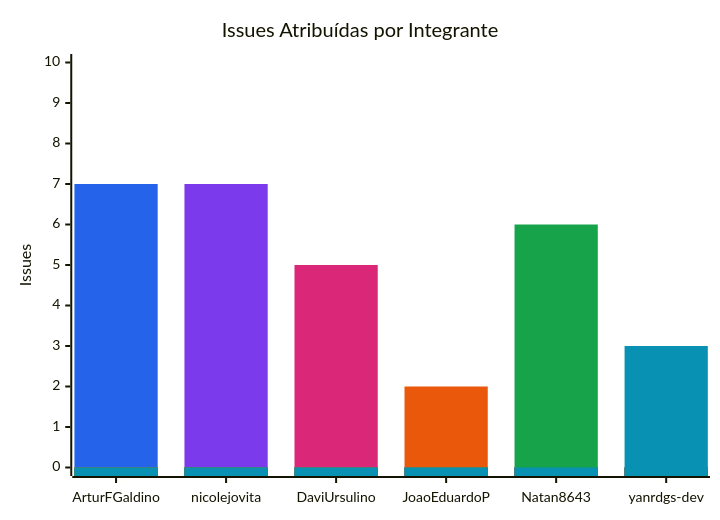
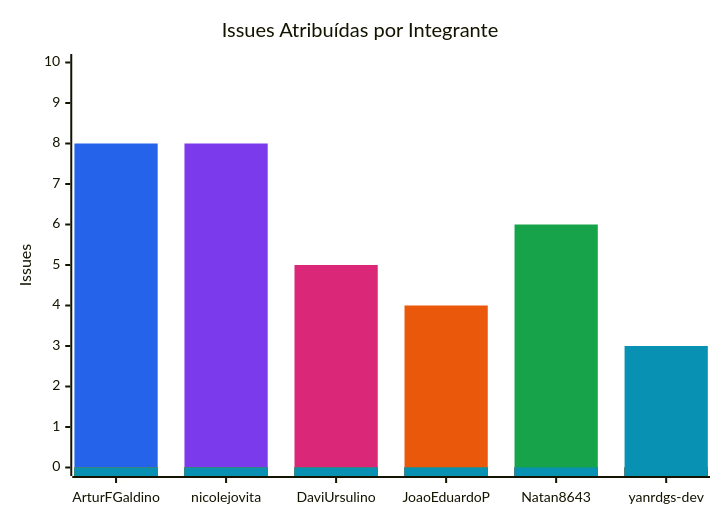
The diagram in snippets/assigned-issues.mmd (FCTE-Qualidade-de-Software-1/2026-2_T02_KAY_MCNULTY), drawn with Mermaid before and after one commit. The commit also changed 11 other files, not shown here.

```diff
--- a/snippets/assigned-issues.mmd
+++ b/snippets/assigned-issues.mmd
@@ -1,11 +1,11 @@
 %%{init: {"themeVariables": {"xyChart": {"plotColorPalette": "#2563eb, #7c3aed, #db2777, #ea580c, #16a34a, #0891b2"}}}}%%
 xychart-beta
     title "Issues Atribuídas por Integrante"
     x-axis ["ArturFGaldino", "nicolejovita", "DaviUrsulino", "JoaoEduardoP", "Natan8643", "yanrdgs-dev"]
     y-axis "Issues" 0 --> 10
-    bar [7, 0, 0, 0, 0, 0]
-    bar [0, 7, 0, 0, 0, 0]
+    bar [8, 0, 0, 0, 0, 0]
+    bar [0, 8, 0, 0, 0, 0]
     bar [0, 0, 5, 0, 0, 0]
-    bar [0, 0, 0, 2, 0, 0]
+    bar [0, 0, 0, 4, 0, 0]
     bar [0, 0, 0, 0, 6, 0]
     bar [0, 0, 0, 0, 0, 3]
```
